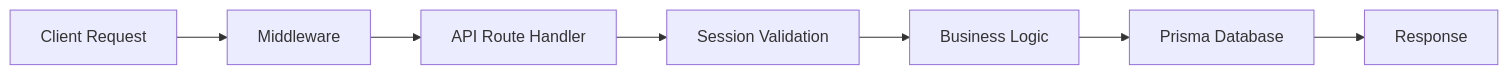
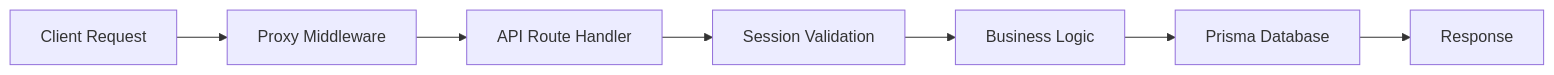
The second of 2 diagrams in docs/src/content/docs/developers/tech-stack.md (everybody-eats-nz/volunteer-portal), drawn with Mermaid before and after one commit. The commit also changed other lines of this file and 5 other files, not shown here.

First line of the commit message:
docs: update all references from middleware.ts to proxy.ts

````diff
--- a/docs/src/content/docs/developers/tech-stack.md
+++ b/docs/src/content/docs/developers/tech-stack.md
@@ -101,9 +101,9 @@
 ```mermaid
 graph LR
-    A[Client Request] --> B[Middleware]
+    A[Client Request] --> B[Proxy Middleware]
     B --> C[API Route Handler]
     C --> D[Session Validation]
     D --> E[Business Logic]
     E --> F[Prisma Database]
     F --> G[Response]
 ```
````
